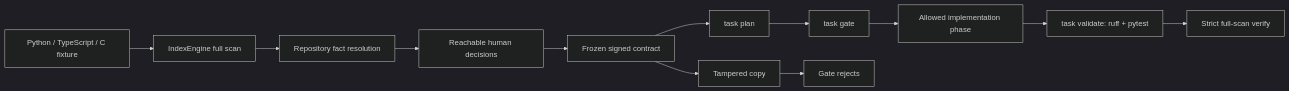
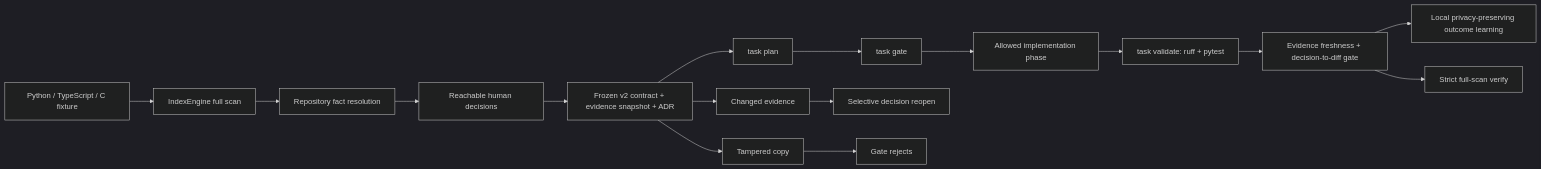
Before and after one commit to flytohub/flyto-indexer: the diagram in docs/GRILL_TESTING.md, drawn with Mermaid (dark theme). The commit also changed other lines of this file and 37 other files, not shown here.

````diff
--- a/docs/GRILL_TESTING.md
+++ b/docs/GRILL_TESTING.md
@@ -13,14 +13,18 @@
 ```mermaid
 flowchart LR
     A[Python / TypeScript / C fixture] --> B[IndexEngine full scan]
     B --> C[Repository fact resolution]
     C --> D[Reachable human decisions]
-    D --> E[Frozen signed contract]
+    D --> E[Frozen v2 contract + evidence snapshot + ADR]
     E --> F[task plan]
     F --> G[task gate]
     G --> H[Allowed implementation phase]
     H --> I[task validate: ruff + pytest]
-    I --> J[Strict full-scan verify]
+    I --> J[Evidence freshness + decision-to-diff gate]
+    J --> M[Local privacy-preserving outcome learning]
+    J --> N[Strict full-scan verify]
+    E --> O[Changed evidence]
+    O --> P[Selective decision reopen]
     E --> K[Tampered copy]
     K --> L[Gate rejects]
 ```
````
